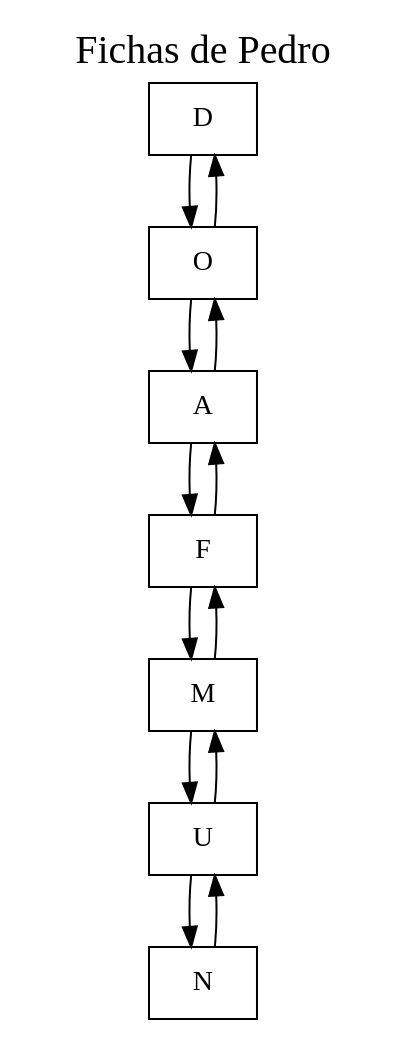
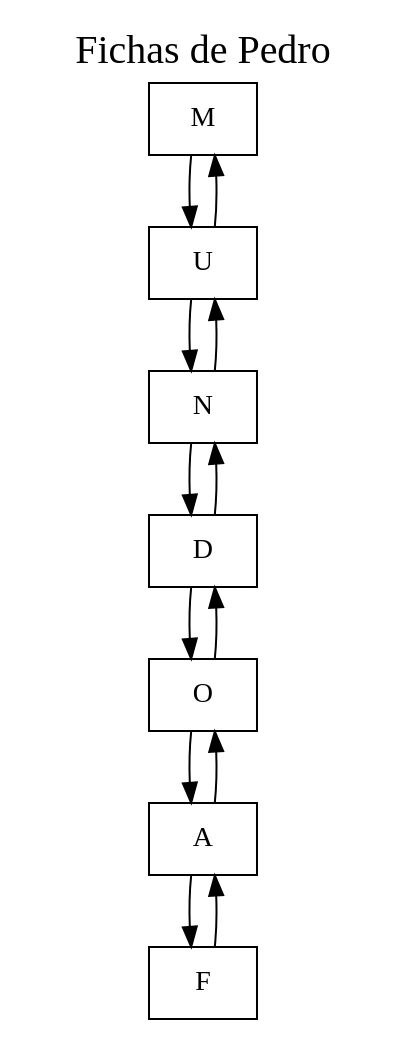
The diagram in EDD_Proyecto1/EDD_Proyecto1/LD_LetterPlayer.dot (elJuanjoRamos/EDD_1S2020_PY1_201801262), drawn with Graphviz before and after one commit. The commit also changed 25 other files, not shown here.

```diff
--- a/EDD_Proyecto1/EDD_Proyecto1/LD_LetterPlayer.dot
+++ b/EDD_Proyecto1/EDD_Proyecto1/LD_LetterPlayer.dot
@@ -1,22 +1,22 @@
 digraph G {graph[label="Fichas de Pedro", labelloc=t, fontsize=20]
 node[shape = box];
-Nodo0 [label = "D"];
-Nodo1 [label = "O"];
-Nodo2 [label = "A"];
-Nodo3 [label = "F"];
-Nodo4 [label = "M"];
-Nodo5 [label = "U"];
-Nodo6 [label = "N"];
+Nodo0 [label = "M"];
+Nodo1 [label = "U"];
+Nodo2 [label = "N"];
+Nodo3 [label = "D"];
+Nodo4 [label = "O"];
+Nodo5 [label = "A"];
+Nodo6 [label = "F"];
 Nodo0->Nodo1;
 Nodo1->Nodo0;
 Nodo1->Nodo2;
 Nodo2->Nodo1;
 Nodo2->Nodo3;
 Nodo3->Nodo2;
 Nodo3->Nodo4;
 Nodo4->Nodo3;
 Nodo4->Nodo5;
 Nodo5->Nodo4;
 Nodo5->Nodo6;
 Nodo6->Nodo5;
 }
```
